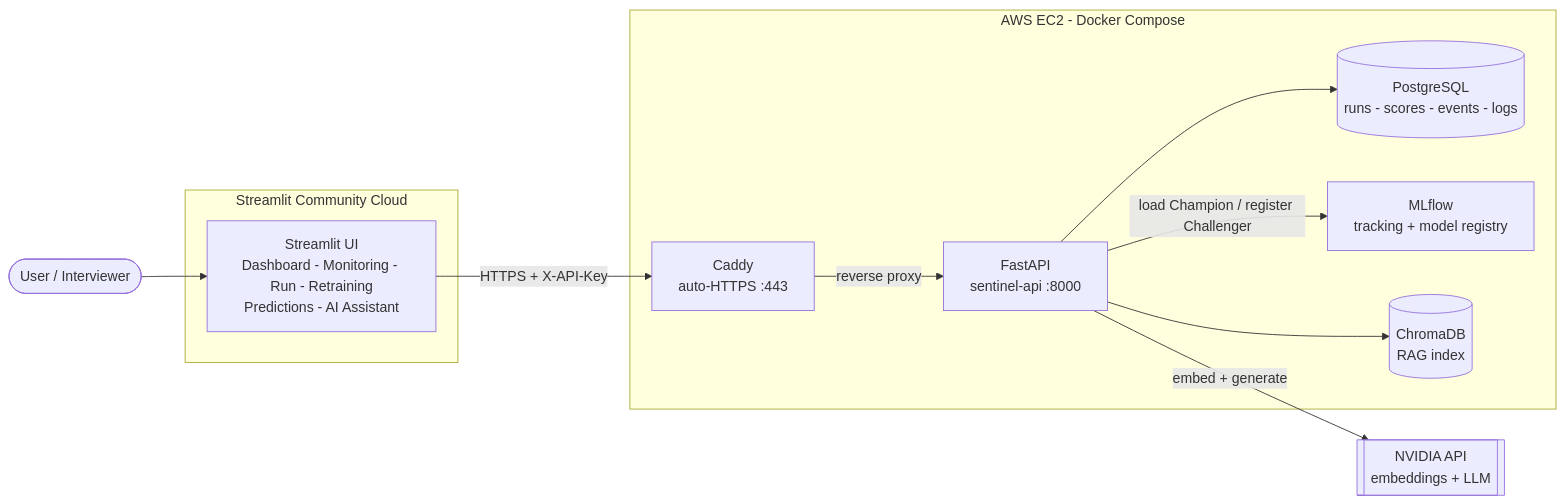
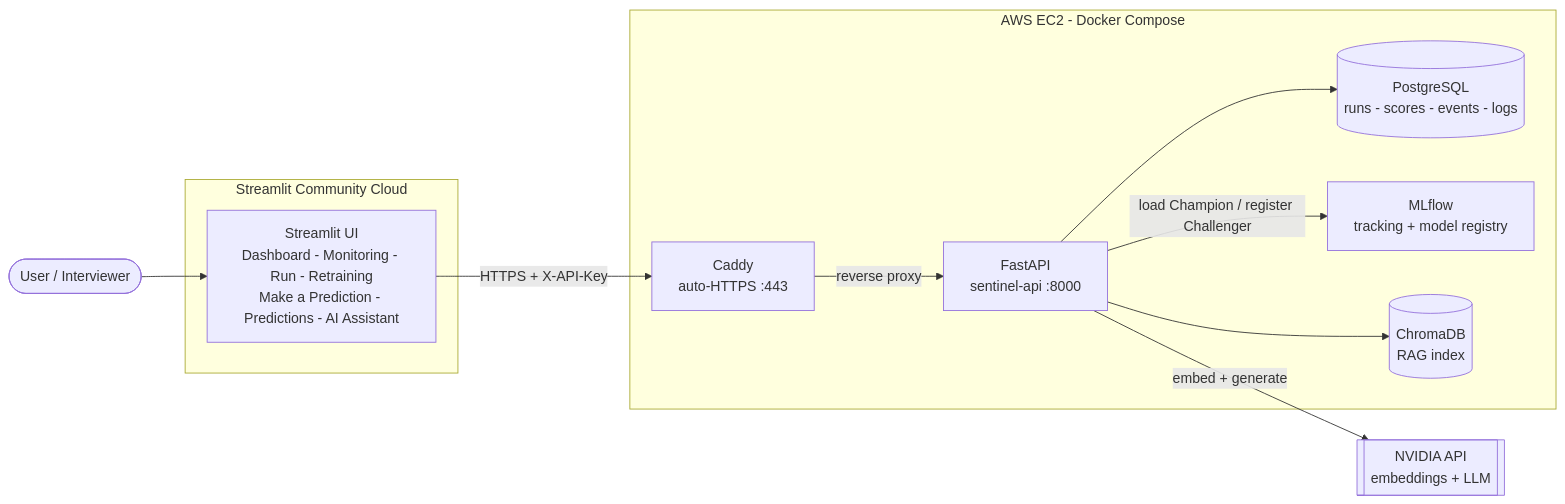
Before and after one commit to mohvijayjain/Sentinel-AI: the first of 4 diagrams in README.md, drawn with Mermaid. The commit also changed 8 other files, not shown here.

Commit message:
RAG: index dataset, run time and drifted features; add prediction page

````diff
--- a/README.md
+++ b/README.md
@@ -117,26 +117,26 @@
 ```mermaid
 flowchart LR
     User([User / Interviewer])
 
     subgraph UI["Streamlit Community Cloud"]
-        ST[Streamlit UI<br/>Dashboard - Monitoring - Run - Retraining<br/>Predictions - AI Assistant]
+        ST[Streamlit UI<br/>Dashboard - Monitoring - Run - Retraining<br/>Make a Prediction - Predictions - AI Assistant]
     end
 
     subgraph EC2["AWS EC2 - Docker Compose"]
         CADDY[Caddy<br/>auto-HTTPS :443]
         API[FastAPI<br/>sentinel-api :8000]
         PG[(PostgreSQL<br/>runs - scores - events - logs)]
         ML[MLflow<br/>tracking + model registry]
         CH[(ChromaDB<br/>RAG index)]
     end
 
     NV[[NVIDIA API<br/>embeddings + LLM]]
 
     User --> ST
     ST -- "HTTPS + X-API-Key" --> CADDY
     CADDY -- reverse proxy --> API
     API --> PG
     API -- "load Champion / register Challenger" --> ML
     API --> CH
     API -- "embed + generate" --> NV
 ```
````
